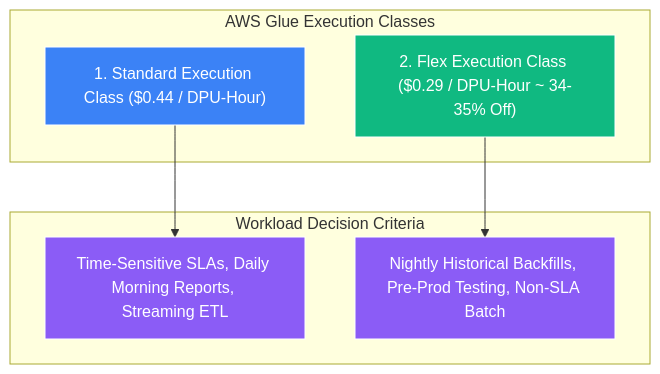
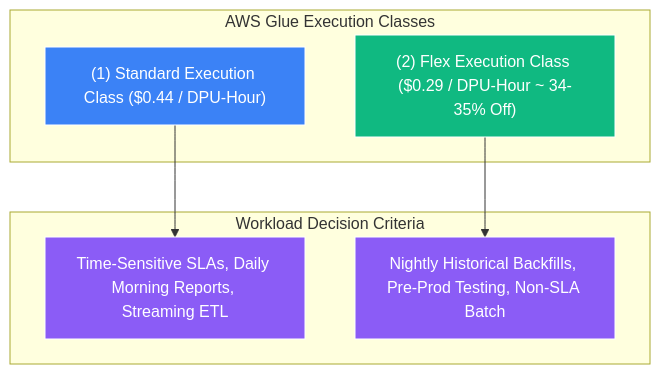
Before and after one commit to Wathon/aws-dea-c01-note: the diagram in content/en/02-services/analytics-streaming/glue/glue-flex.md, drawn with Mermaid. The commit also changed 49 other files, not shown here.

Commit message:
Fix 'Unsupported markdown: list' Mermaid rendering issues across all English and Burmese notes

````diff
--- a/content/en/02-services/analytics-streaming/glue/glue-flex.md
+++ b/content/en/02-services/analytics-streaming/glue/glue-flex.md
@@ -30,23 +30,23 @@
 ```mermaid
 graph TD
     subgraph ExecutionTiers["AWS Glue Execution Classes"]
-        Standard["1. Standard Execution Class ($0.44 / DPU-Hour)"]
-        Flex["2. Flex Execution Class ($0.29 / DPU-Hour ~ 34-35% Off)"]
+        Standard["(1) Standard Execution Class ($0.44 / DPU-Hour)"]
+        Flex["(2) Flex Execution Class ($0.29 / DPU-Hour ~ 34-35% Off)"]
     end
 
     subgraph WorkloadMatch["Workload Decision Criteria"]
         CriticalWorkloads["Time-Sensitive SLAs, Daily Morning Reports, Streaming ETL"]
         NonUrgentWorkloads["Nightly Historical Backfills, Pre-Prod Testing, Non-SLA Batch"]
     end
 
     Standard --> CriticalWorkloads
     Flex --> NonUrgentWorkloads
 
     classDef std fill:#3b82f6,stroke:#fff,stroke-width:1px,color:#fff;
     classDef flex fill:#10b981,stroke:#fff,stroke-width:1px,color:#fff;
     classDef work fill:#8b5cf6,stroke:#fff,stroke-width:1px,color:#fff;
 
     class Standard std;
     class Flex flex;
     class CriticalWorkloads,NonUrgentWorkloads work;
 ```
````
